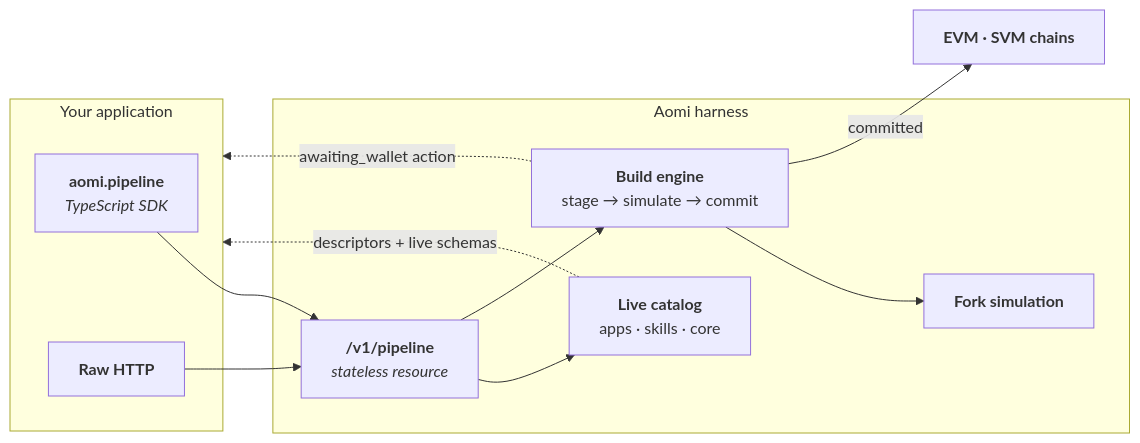
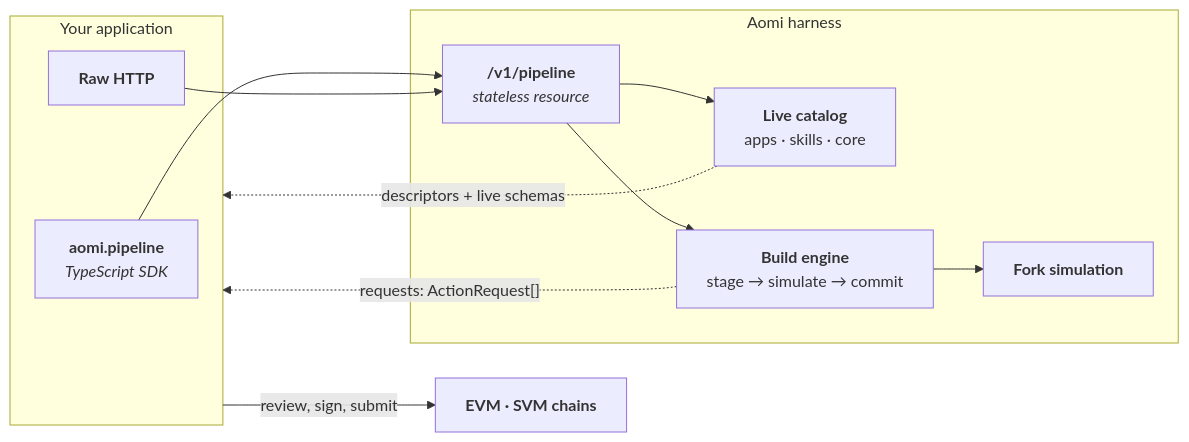
The diagram in integrate/pipeline.mdx (aomi-labs/docs), drawn with Mermaid before and after one commit. The commit also changed other lines of this file and 40 other files, not shown here.

````diff
--- a/integrate/pipeline.mdx
+++ b/integrate/pipeline.mdx
@@ -8,22 +8,22 @@
 ```mermaid
 flowchart LR
     subgraph client["Your application"]
         SDK["<b>aomi.pipeline</b><br/><i>TypeScript SDK</i>"]
         RAW["<b>Raw HTTP</b>"]
     end
     subgraph harness["Aomi harness"]
         API["<b>/v1/pipeline</b><br/><i>stateless resource</i>"]
         CAT["<b>Live catalog</b><br/>apps · skills · core"]
         LIFE["<b>Build engine</b><br/>stage → simulate → commit"]
         FORK["<b>Fork simulation</b>"]
     end
     CHAIN["<b>EVM · SVM chains</b>"]
     SDK --> API
     RAW --> API
     API --> CAT
     API --> LIFE
     LIFE --> FORK
     CAT -.->|"descriptors + live schemas"| client
-    LIFE -.->|"awaiting_wallet action"| client
-    LIFE -->|"committed"| CHAIN
+    LIFE -.->|"requests: ActionRequest[]"| client
+    client -->|"review, sign, submit"| CHAIN
 ```
````
